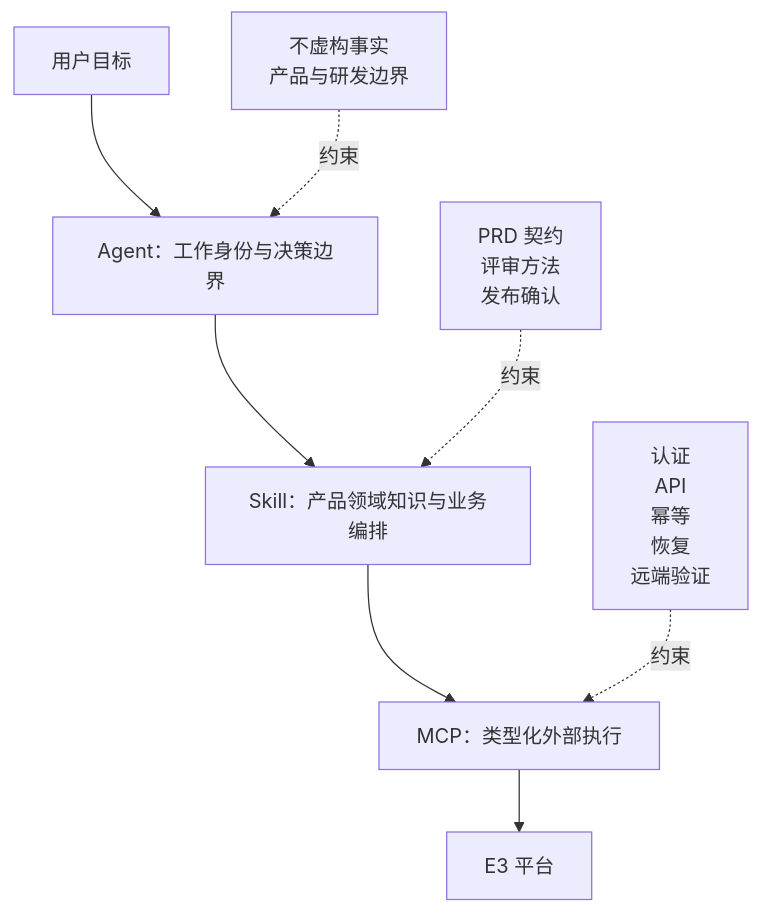
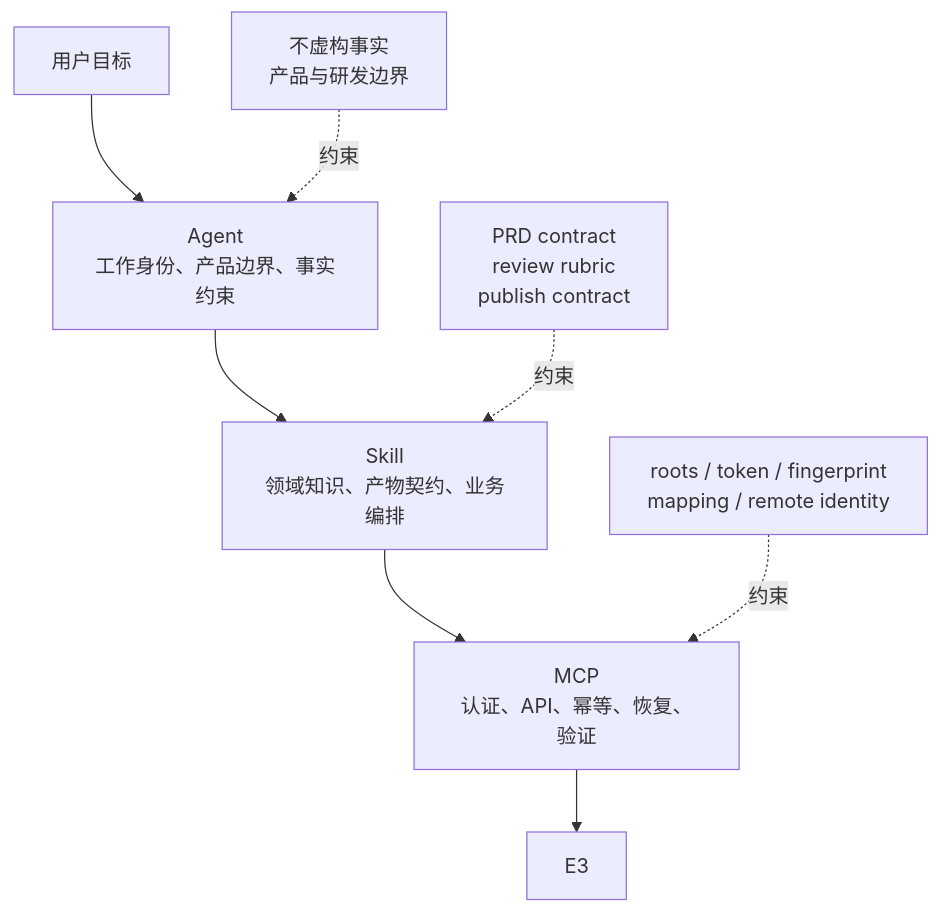
The third of 4 diagrams in migration.md (quanxinwang18-a11y/plainOEC-infra), drawn with Mermaid before and after one commit. The commit also changed other lines of this file, not shown here.

````diff
--- a/migration.md
+++ b/migration.md
@@ -262,11 +389,11 @@
 ```mermaid
 flowchart TB
-    U["用户目标"] --> A["Agent：工作身份与决策边界"]
-    A --> K["Skill：产品领域知识与业务编排"]
-    K --> M["MCP：类型化外部执行"]
-    M --> E["E3 平台"]
+    U["用户目标"] --> A["Agent<br/>工作身份、产品边界、事实约束"]
+    A --> K["Skill<br/>领域知识、产物契约、业务编排"]
+    K --> M["MCP<br/>认证、API、幂等、恢复、验证"]
+    M --> E["E3"]
 
-    A1["不虚构事实<br/>产品与研发边界"] -. 约束 .-> A
-    K1["PRD 契约<br/>评审方法<br/>发布确认"] -. 约束 .-> K
-    M1["认证<br/>API<br/>幂等<br/>恢复<br/>远端验证"] -. 约束 .-> M
+    A1["不虚构事实<br/>产品与研发边界"] -.->|约束| A
+    K1["PRD contract<br/>review rubric<br/>publish contract"] -.->|约束| K
+    M1["roots / token / fingerprint<br/>mapping / remote identity"] -.->|约束| M
 ```
````
